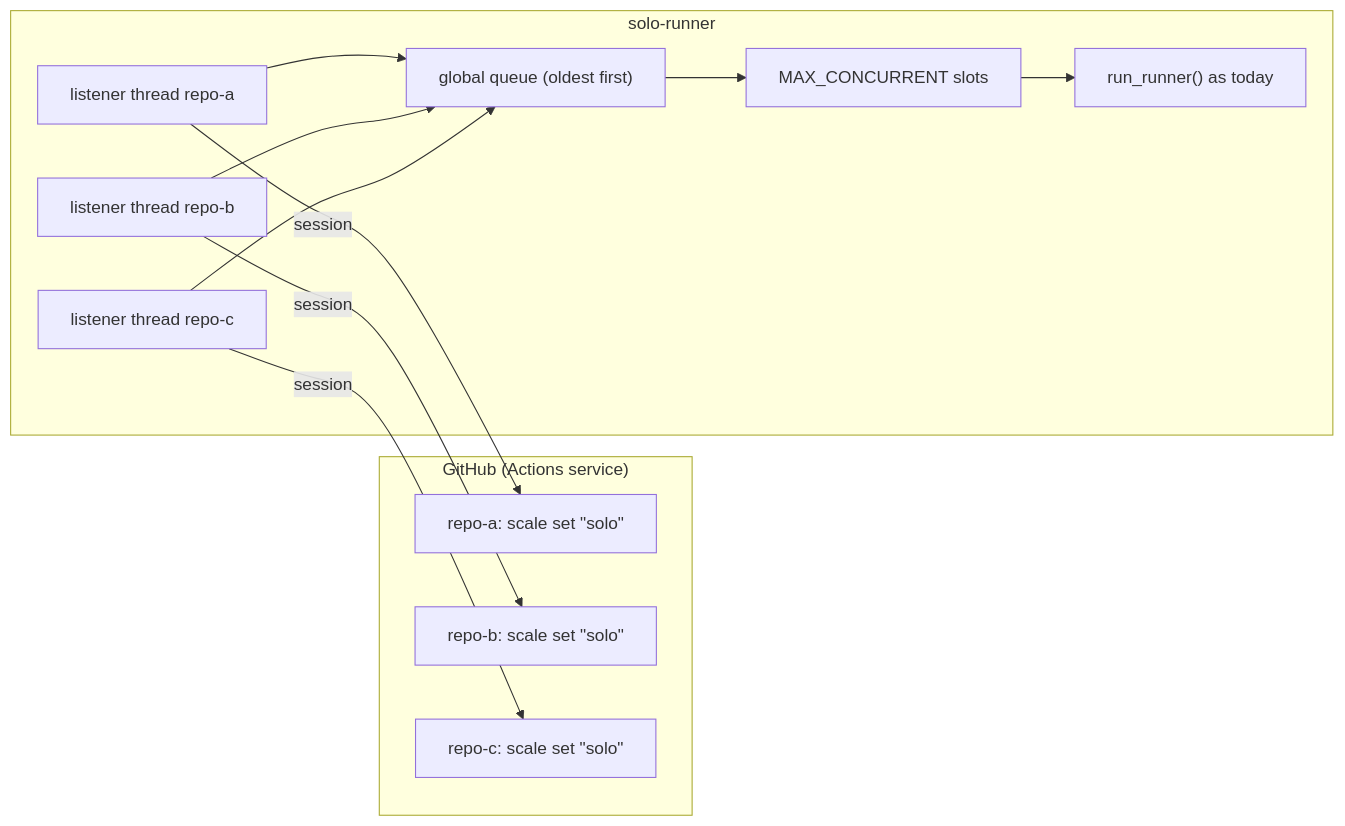
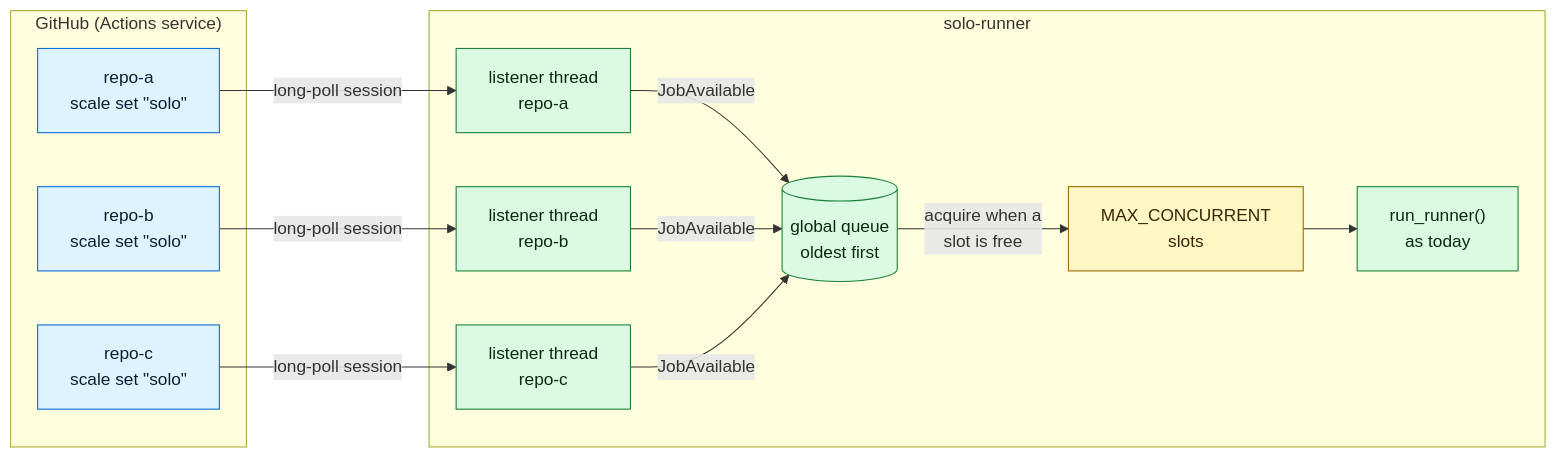
One commit to sebiweise/solo-runner changed the diagram in docs/proposals/runner-scale-sets.md. Above: the diagram before and after it, drawn with Mermaid. The commit also changed 1 other file, not shown here.

Commit message:
Make the Mermaid diagrams easier to follow
The README overview becomes a numbered sequence diagram of one poll, runner
and cleanup cycle; the proposal diagram gets colours and edge labels.

Claude-Session: https://claude.ai/code/session_01WApp37sHuaDGKQT8MJ4jnv

````diff
--- a/docs/proposals/runner-scale-sets.md
+++ b/docs/proposals/runner-scale-sets.md
@@ -61,23 +61,28 @@
 ```mermaid
 flowchart LR
     subgraph github["GitHub (Actions service)"]
-        setA["repo-a: scale set #quot;solo#quot;"]
-        setB["repo-b: scale set #quot;solo#quot;"]
-        setC["repo-c: scale set #quot;solo#quot;"]
+        setA["repo-a<br>scale set #quot;solo#quot;"]
+        setB["repo-b<br>scale set #quot;solo#quot;"]
+        setC["repo-c<br>scale set #quot;solo#quot;"]
     end
     subgraph sr["solo-runner"]
-        listenA["listener thread repo-a"]
-        listenB["listener thread repo-b"]
-        listenC["listener thread repo-c"]
-        queue["global queue (oldest first)"]
-        slots["MAX_CONCURRENT slots"]
-        run["run_runner() as today"]
-        listenA --> queue
-        listenB --> queue
-        listenC --> queue
-        queue --> slots --> run
+        listenA["listener thread<br>repo-a"]
+        listenB["listener thread<br>repo-b"]
+        listenC["listener thread<br>repo-c"]
+        queue[("global queue<br>oldest first")]
+        slots["MAX_CONCURRENT<br>slots"]
+        run["run_runner()<br>as today"]
     end
-    listenA -- session --> setA
-    listenB -- session --> setB
-    listenC -- session --> setC
+    setA -- "long-poll session" --> listenA
+    setB -- "long-poll session" --> listenB
+    setC -- "long-poll session" --> listenC
+    listenA & listenB & listenC -- "JobAvailable" --> queue
+    queue -- "acquire when a<br>slot is free" --> slots --> run
+
+    classDef gh fill:#ddf4ff,stroke:#0969da,color:#0b1f33
+    classDef host fill:#dafbe1,stroke:#1a7f37,color:#0b2912
+    classDef limit fill:#fff8c5,stroke:#9a6700,color:#3b2300
+    class setA,setB,setC gh
+    class listenA,listenB,listenC,queue,run host
+    class slots limit
 ```
````
